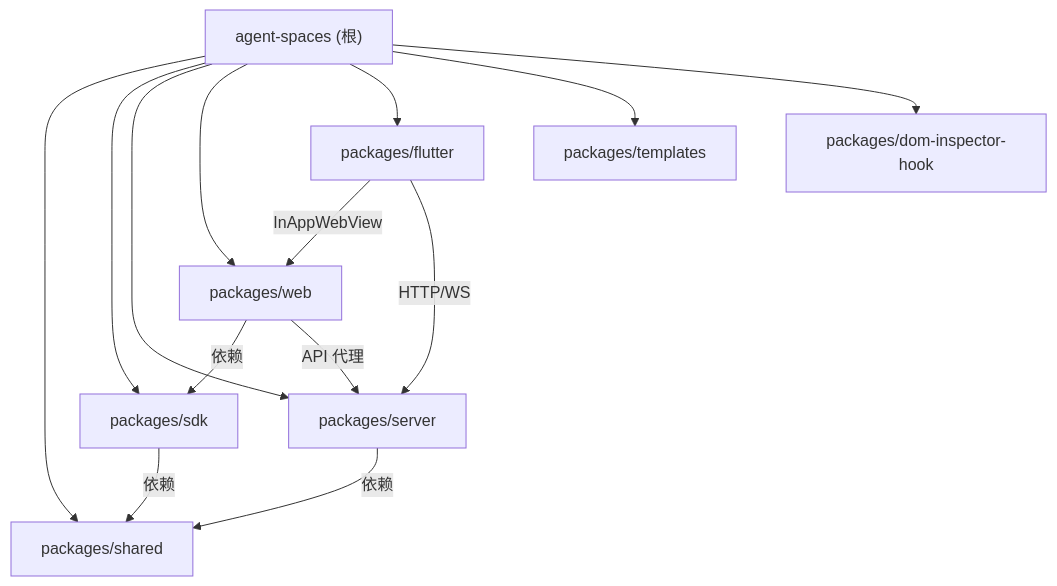
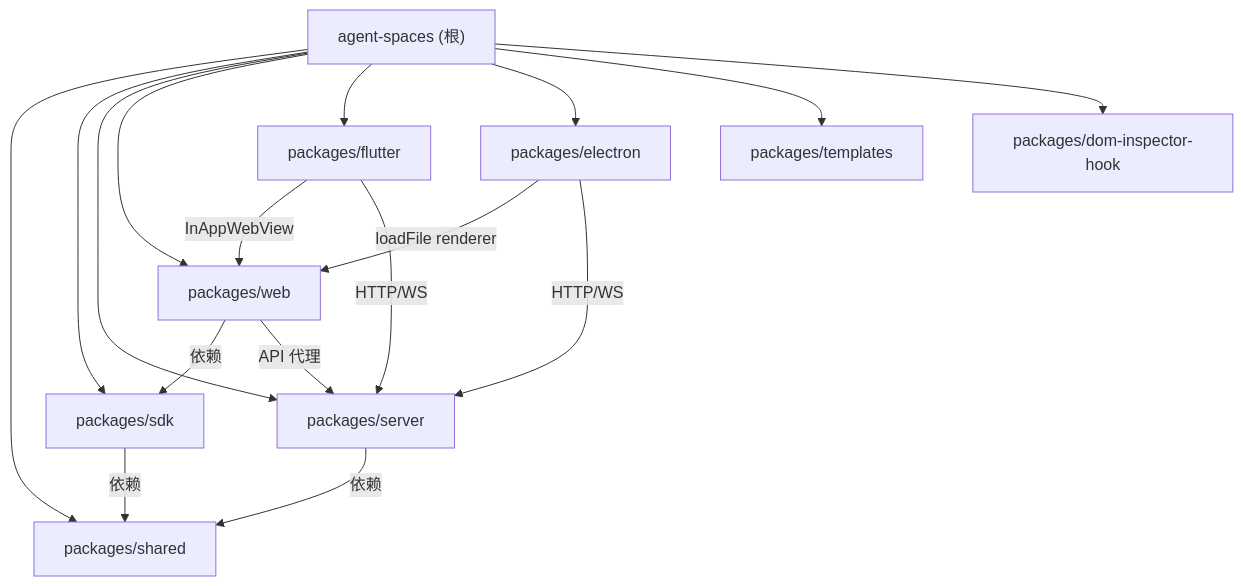
The diagram in CLAUDE.md (hunmer/agent-spaces), drawn with Mermaid before and after one commit. The commit also changed other lines of this file and 6 other files, not shown here.

````diff
--- a/CLAUDE.md
+++ b/CLAUDE.md
@@ -39,25 +37,29 @@
 ```mermaid
 graph TD
     A["agent-spaces (根)"] --> B["packages/shared"]
     A --> C["packages/sdk"]
     A --> D["packages/server"]
     A --> E["packages/web"]
     A --> F["packages/flutter"]
+    A --> I["packages/electron"]
     A --> G["packages/templates"]
     A --> H["packages/dom-inspector-hook"]
 
     C -->|"依赖"| B
     D -->|"依赖"| B
     E -->|"依赖"| C
     E -->|"API 代理"| D
     F -->|"InAppWebView"| E
     F -->|"HTTP/WS"| D
+    I -->|"loadFile renderer"| E
+    I -->|"HTTP/WS"| D
 
     click B "./packages/shared/CLAUDE.md" "查看 shared 模块文档"
     click C "./packages/sdk/CLAUDE.md" "查看 sdk 模块文档"
     click D "./packages/server/CLAUDE.md" "查看 server 模块文档"
     click E "./packages/web/CLAUDE.md" "查看 web 模块文档"
     click F "./packages/flutter/CLAUDE.md" "查看 flutter 模块文档"
+    click I "./packages/electron/CLAUDE.md" "查看 electron 模块文档"
     click G "./packages/templates/CLAUDE.md" "查看 templates 模块文档"
     click H "./packages/dom-inspector-hook/CLAUDE.md" "查看 dom-inspector-hook 模块文档"
 ```
````
